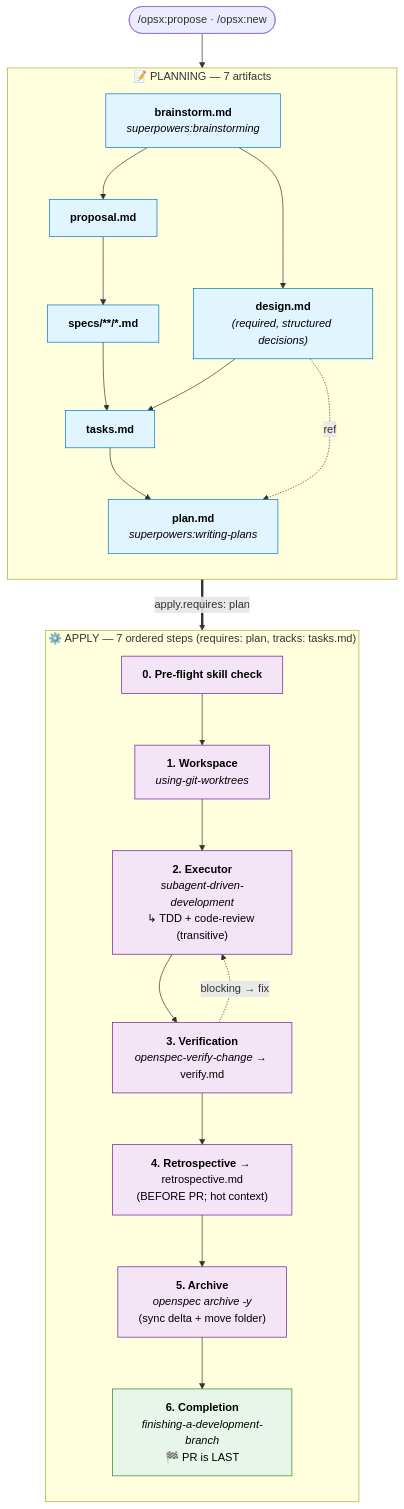
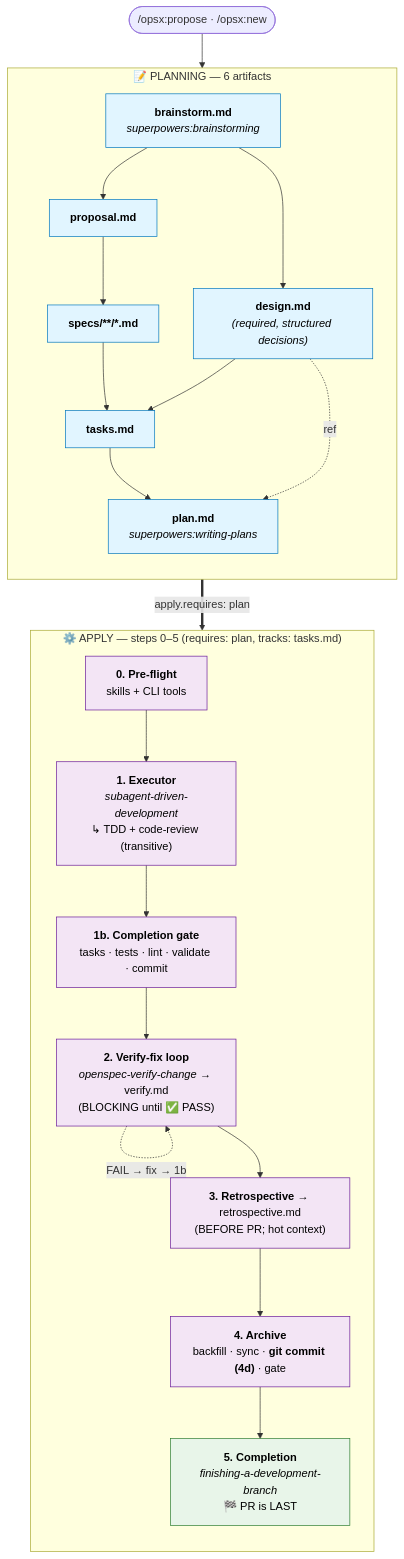
Before and after one commit to fernando-delosrios-sp/skills: the diagram in skills/engineering/openspec-init/schemas/superpowers-bridge/README.md, drawn with Mermaid. The commit also changed other lines of this file and 1 other file, not shown here.

Commit message:
refactor: align superpowers-bridge README with streamlined six-step apply flow and reformat schema artifact instructions

````diff
--- a/skills/engineering/openspec-init/schemas/superpowers-bridge/README.md
+++ b/skills/engineering/openspec-init/schemas/superpowers-bridge/README.md
@@ -219,48 +219,48 @@
 ```mermaid
 flowchart TD
     Start([/opsx:propose · /opsx:new])
 
-    subgraph Plan ["📝 PLANNING — 7 artifacts"]
+    subgraph Plan ["📝 PLANNING — 6 artifacts"]
         direction TB
         BS["<b>brainstorm.md</b><br/><i>superpowers:brainstorming</i>"]
         PROP["<b>proposal.md</b>"]
         DES["<b>design.md</b><br/><i>(required, structured decisions)</i>"]
         SP["<b>specs/**/*.md</b>"]
         TK["<b>tasks.md</b>"]
         PL["<b>plan.md</b><br/><i>superpowers:writing-plans</i>"]
 
         BS --> PROP
         BS --> DES
         PROP --> SP
         SP --> TK
         DES --> TK
         TK --> PL
         DES -. ref .-> PL
     end
 
-    subgraph Apply ["⚙️ APPLY — 7 ordered steps (requires: plan, tracks: tasks.md)"]
+    subgraph Apply ["⚙️ APPLY — steps 0–5 (requires: plan, tracks: tasks.md)"]
         direction TB
-        A0["<b>0. Pre-flight skill check</b>"]
-        A1["<b>1. Workspace</b><br/><i>using-git-worktrees</i>"]
-        A2["<b>2. Executor</b><br/><i>subagent-driven-development</i><br/>↳ TDD + code-review (transitive)"]
-        A3["<b>3. Verification</b><br/><i>openspec-verify-change</i> → verify.md"]
-        A4["<b>4. Retrospective</b> → retrospective.md<br/>(BEFORE PR; hot context)"]
-        A5["<b>5. Archive</b><br/><i>openspec archive -y</i><br/>(sync delta + move folder)"]
-        A6["<b>6. Completion</b><br/><i>finishing-a-development-branch</i><br/>🏁 PR is LAST"]
+        A0["<b>0. Pre-flight</b><br/>skills + CLI tools"]
+        A1["<b>1. Executor</b><br/><i>subagent-driven-development</i><br/>↳ TDD + code-review (transitive)"]
+        A1b["<b>1b. Completion gate</b><br/>tasks · tests · lint · validate · commit"]
+        A2["<b>2. Verify-fix loop</b><br/><i>openspec-verify-change</i> → verify.md<br/>(BLOCKING until ✅ PASS)"]
+        A3["<b>3. Retrospective</b> → retrospective.md<br/>(BEFORE PR; hot context)"]
+        A4["<b>4. Archive</b><br/>backfill · sync · <b>git commit (4d)</b> · gate"]
+        A5["<b>5. Completion</b><br/><i>finishing-a-development-branch</i><br/>🏁 PR is LAST"]
 
-        A0 --> A1 --> A2 --> A3
-        A3 -. blocking → fix .-> A2
-        A3 --> A4 --> A5 --> A6
+        A0 --> A1 --> A1b --> A2
+        A2 -. FAIL → fix → 1b .-> A2
+        A2 --> A3 --> A4 --> A5
     end
 
     Start --> BS
     PL ==>|apply.requires: plan| A0
 
     classDef artifact fill:#e1f5ff,stroke:#0277bd,color:#000
     classDef step fill:#f3e5f5,stroke:#6a1b9a,color:#000
     classDef capstone fill:#e8f5e9,stroke:#2e7d32,color:#000
 
     class BS,PROP,DES,SP,TK,PL artifact
-    class A0,A1,A2,A3,A4,A5 step
-    class A6 capstone
+    class A0,A1,A1b,A2,A3,A4 step
+    class A5 capstone
 ```
````
